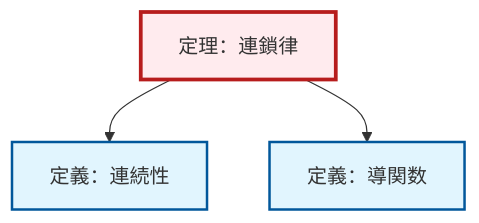
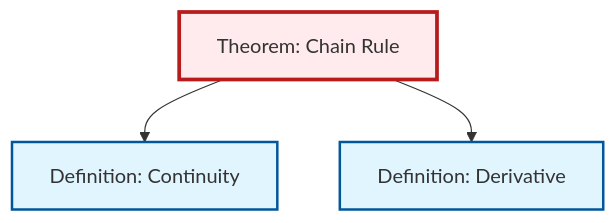
Before and after one commit to RK0429/ModernMath: the second of 2 diagrams in content/ja/analysis/thm-chain-rule.qmd, drawn with Mermaid. The commit also changed 203 other files, not shown here.

````diff
--- a/content/ja/analysis/thm-chain-rule.qmd
+++ b/content/ja/analysis/thm-chain-rule.qmd
@@ -83,18 +83,15 @@
 ```{mermaid}
-%%| fig-cap: "ローカル依存グラフ"
+%%| fig-cap: "Local dependency graph"
 graph TD
     classDef definition fill:#e1f5fe,stroke:#01579b,stroke-width:2px
     classDef theorem fill:#f3e5f5,stroke:#4a148c,stroke-width:2px
     classDef axiom fill:#fff3e0,stroke:#e65100,stroke-width:2px
     classDef example fill:#e8f5e9,stroke:#1b5e20,stroke-width:2px
     classDef current fill:#ffebee,stroke:#b71c1c,stroke-width:3px
-    thm-chain-rule["定理：連鎖律"]:::theorem
-    def-continuity["定義：連続性"]:::definition
-    def-derivative["定義：導関数"]:::definition
+    thm-chain-rule["Theorem: Chain Rule"]:::theorem
+    def-derivative["Definition: Derivative"]:::definition
+    def-continuity["Definition: Continuity"]:::definition
     thm-chain-rule --> def-continuity
     thm-chain-rule --> def-derivative
     class thm-chain-rule current
-
-    click def-continuity "def-continuity.html" "Go to 定義：連続性"
-    click def-derivative "def-derivative.html" "Go to 定義：導関数"
 ```
````
